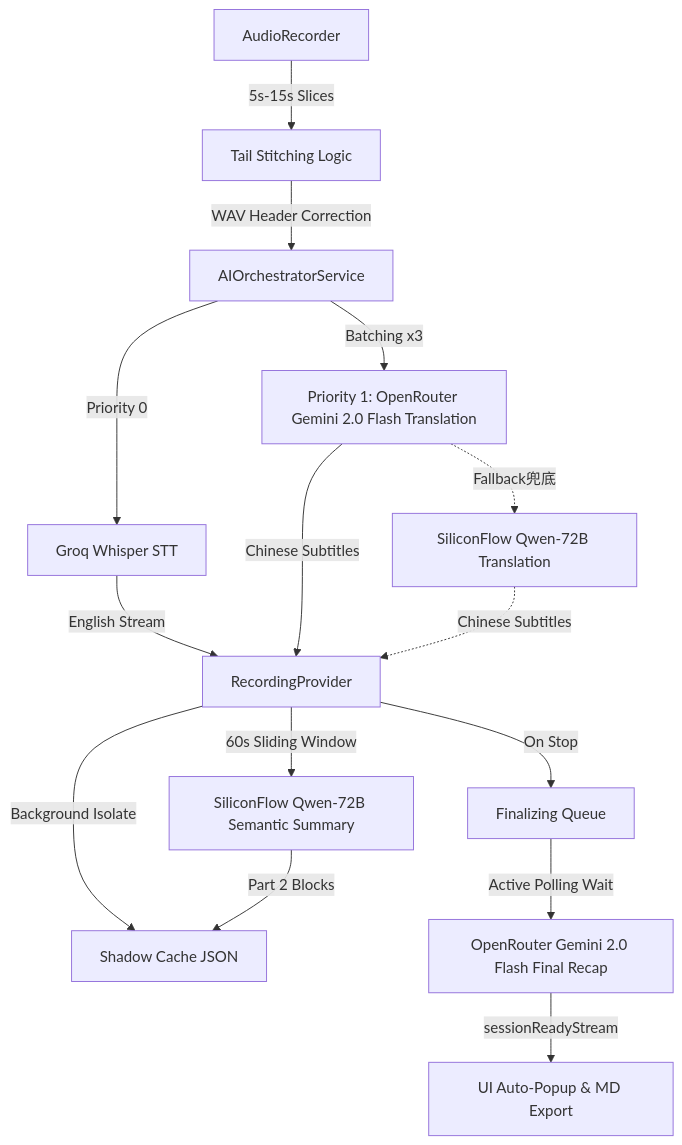
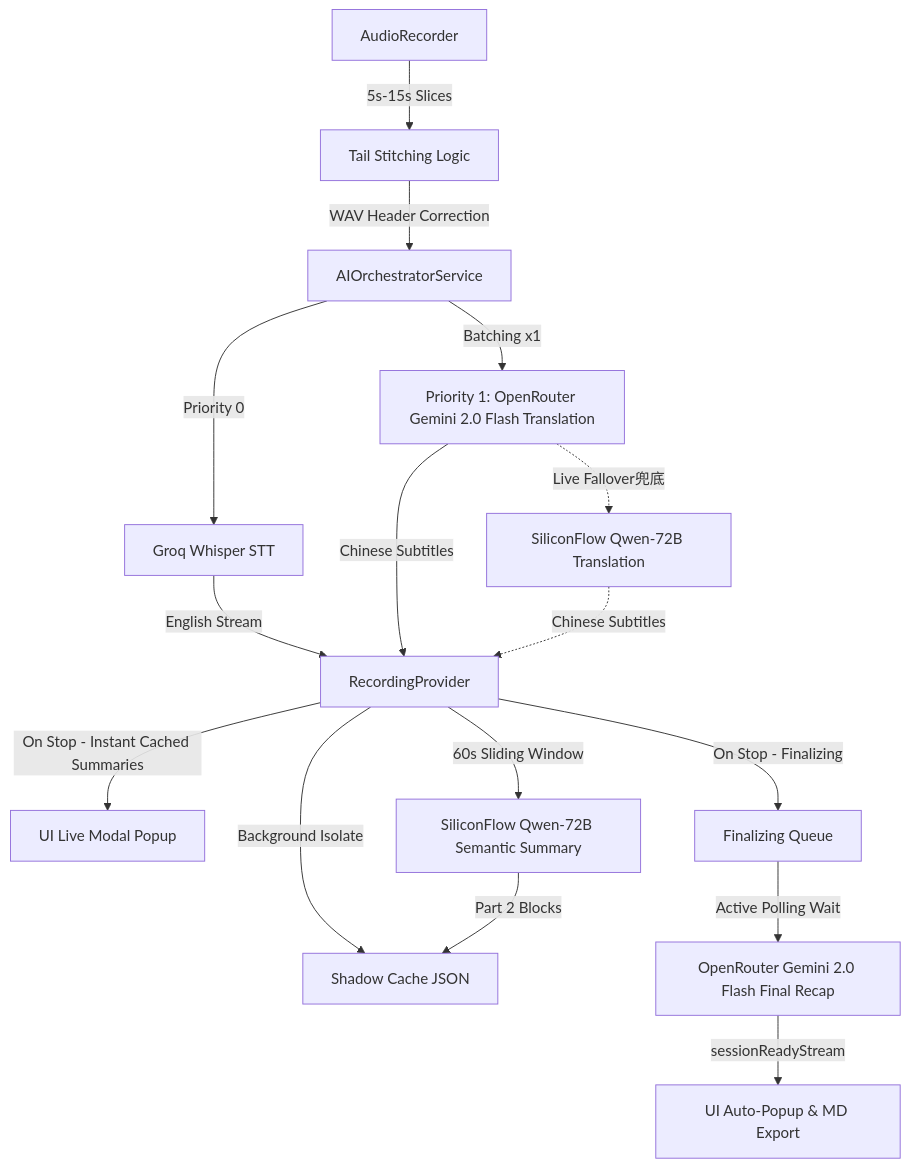
The diagram in ARCHITECTURE.md (weiweicici/Jeff_notes), drawn with Mermaid before and after one commit. The commit also changed other lines of this file, not shown here.

Commit message:
docs: update full system architecture specification with collapsible summary panels, instant settlement popups, and formatting refinements

````diff
--- a/ARCHITECTURE.md
+++ b/ARCHITECTURE.md
@@ -7,17 +7,18 @@
 ```mermaid
 graph TD
     A[AudioRecorder] -->|5s-15s Slices| B[Tail Stitching Logic]
     B -->|WAV Header Correction| C[AIOrchestratorService]
     C -->|Priority 0| D[Groq Whisper STT]
     D -->|English Stream| E[RecordingProvider]
-    C -->|Batching x3| F[Priority 1: OpenRouter Gemini 2.0 Flash Translation]
+    C -->|Batching x1| F[Priority 1: OpenRouter Gemini 2.0 Flash Translation]
     F -->|Chinese Subtitles| E
-    F -.->|Fallback兜底| SF[SiliconFlow Qwen-72B Translation]
+    F -.->|Live Fallover兜底| SF[SiliconFlow Qwen-72B Translation]
     SF -.->|Chinese Subtitles| E
     E -->|Background Isolate| G[Shadow Cache JSON]
-    E -->|On Stop| H[Finalizing Queue]
+    E -->|On Stop - Instant Cached Summaries| POP[UI Live Modal Popup]
+    E -->|On Stop - Finalizing| H[Finalizing Queue]
     H -->|Active Polling Wait| I[OpenRouter Gemini 2.0 Flash Final Recap]
     E -->|60s Sliding Window| QW[SiliconFlow Qwen-72B Semantic Summary]
     QW -->|Part 2 Blocks| G
     I -->|sessionReadyStream| J[UI Auto-Popup & MD Export]
 ```
````
